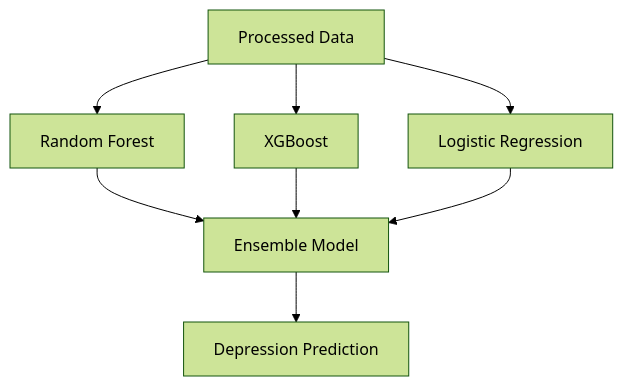
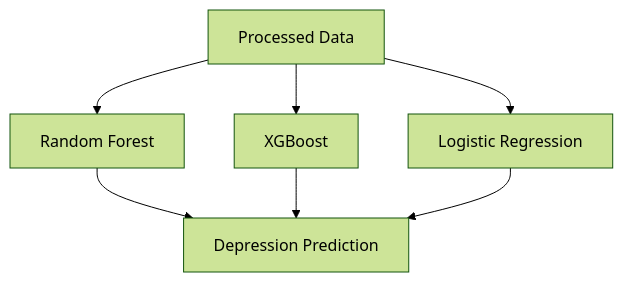
The third of 5 diagrams in README.md (MedYassineWerdani/Predicting-Student-Depression), drawn with Mermaid (forest theme) before and after one commit. The commit also changed other lines of this file, not shown here.

````diff
--- a/README.md
+++ b/README.md
@@ -122,10 +121,9 @@
 ```mermaid
 flowchart TD
     A[Processed Data] --> B[Random Forest]
     A --> C[XGBoost]
     A --> D[Logistic Regression]
-    B --> E[Ensemble Model]
-    C --> E
-    D --> E
-    E --> F[Depression Prediction]
+    B --> F[Depression Prediction]
+    C --> F
+    D --> F
 ```
````
